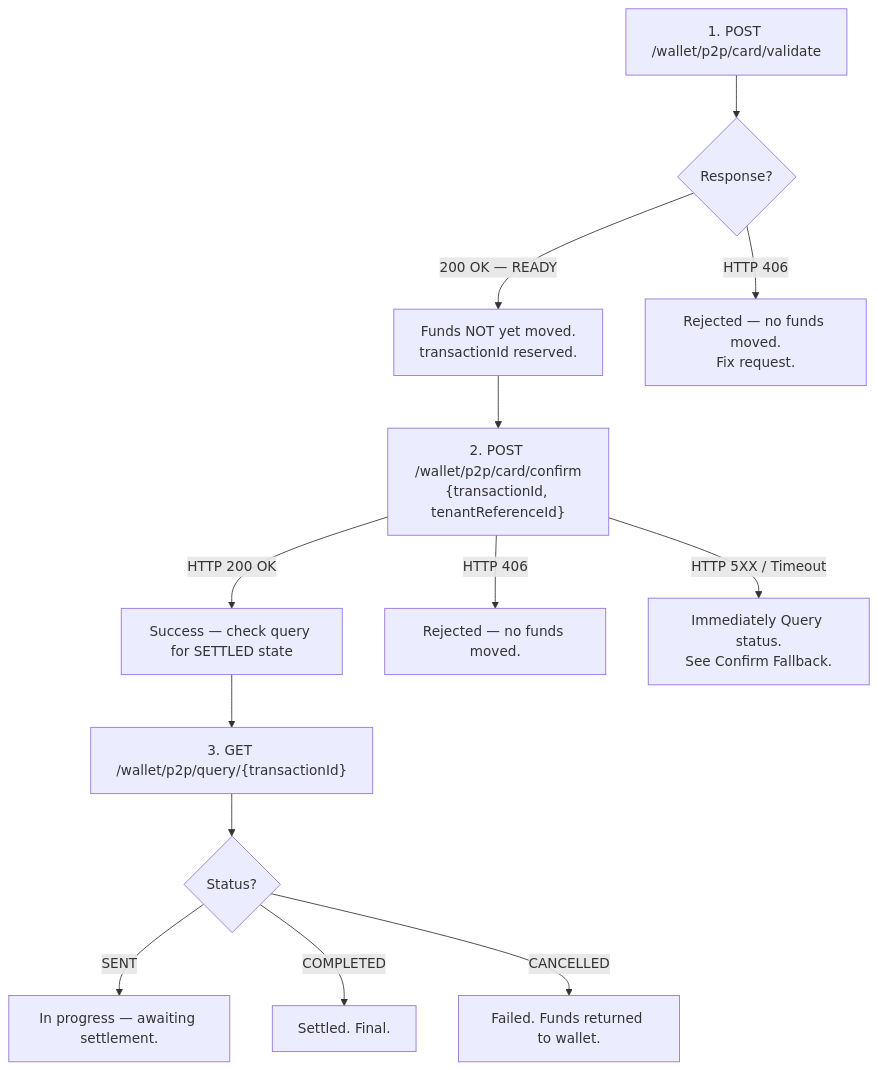
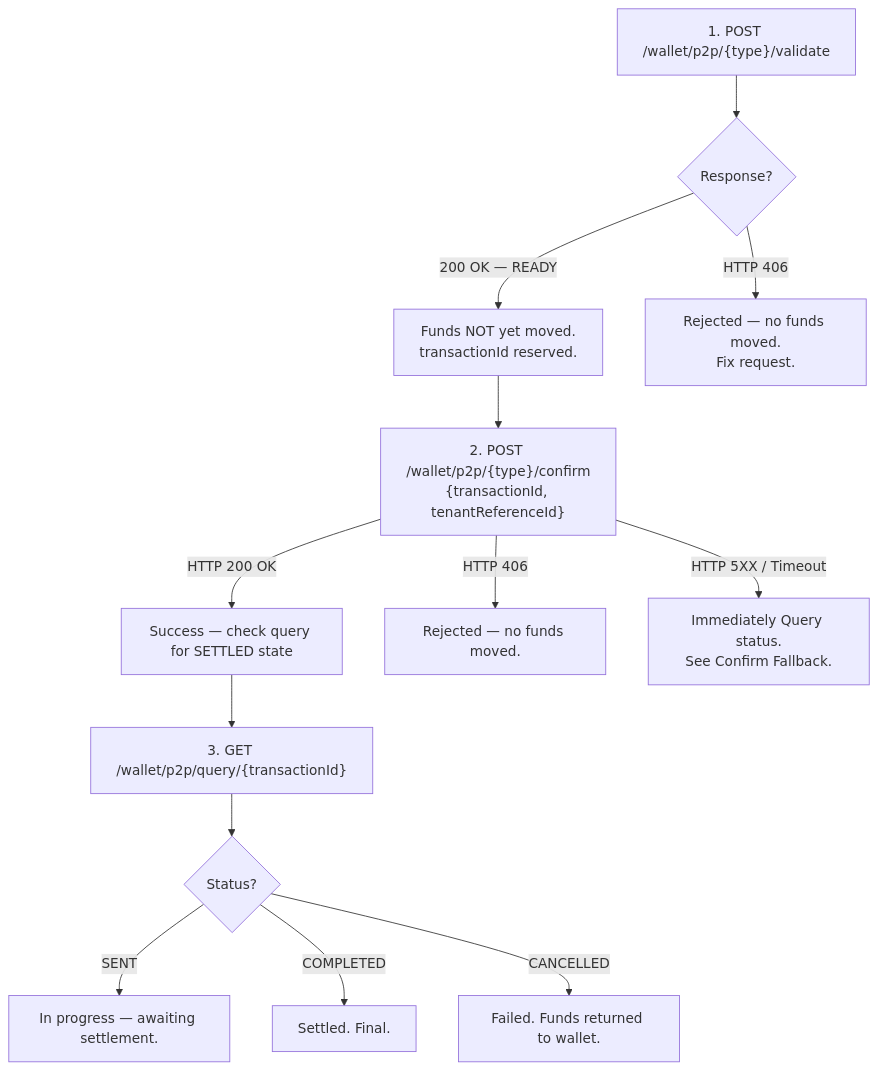
Before and after one commit to commitup/api-doc-v2: the diagram in docs/whitelabel-wallet-v2/safety-model.md, drawn with Mermaid. The commit also changed other lines of this file and 11 other files, not shown here.

Commit message:
refactor: standardize P2P transfer documentation and expand parameter collection guides for account and card flows.

````diff
--- a/docs/whitelabel-wallet-v2/safety-model.md
+++ b/docs/whitelabel-wallet-v2/safety-model.md
@@ -17,15 +17,15 @@
 ```mermaid
 flowchart TD
-    A["1. POST /wallet/p2p/card/validate"] --> B{"Response?"}
+    A["1. POST /wallet/p2p/{type}/validate"] --> B{"Response?"}
     B -->|"200 OK — READY"| C["Funds NOT yet moved.<br/>transactionId reserved."]
     B -->|"HTTP 406"| D["Rejected — no funds moved.<br/>Fix request."]
-    C --> E["2. POST /wallet/p2p/card/confirm<br/>{transactionId, tenantReferenceId}"]
+    C --> E["2. POST /wallet/p2p/{type}/confirm<br/>{transactionId, tenantReferenceId}"]
     E -->|"HTTP 200 OK"| G["Success — check query for SETTLED state"]
     E -->|"HTTP 406"| H["Rejected — no funds moved."]
     E -->|"HTTP 5XX / Timeout"| I["Immediately Query status.<br/>See Confirm Fallback."]
     G --> J["3. GET /wallet/p2p/query/{transactionId}"]
     J --> K{"Status?"}
     K -->|"SENT"| L["In progress — awaiting settlement."]
     K -->|"COMPLETED"| M["Settled. Final."]
     K -->|"CANCELLED"| N["Failed. Funds returned to wallet."]
 ```
````
